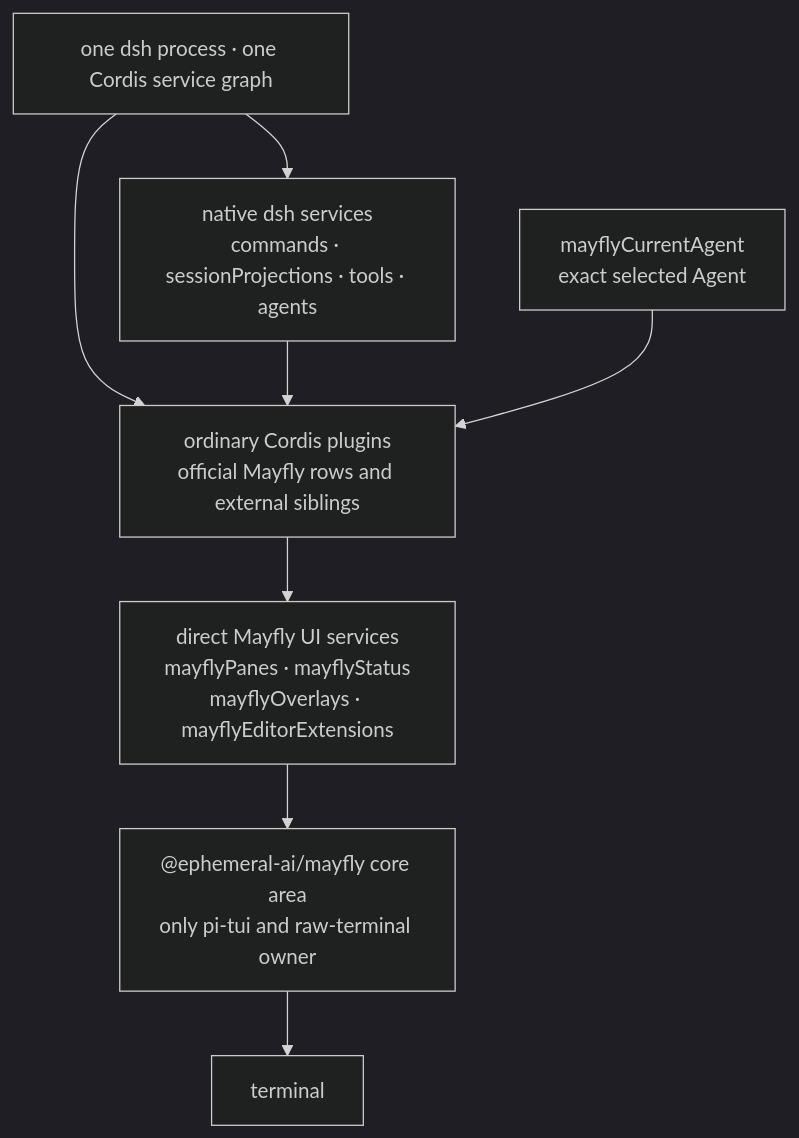
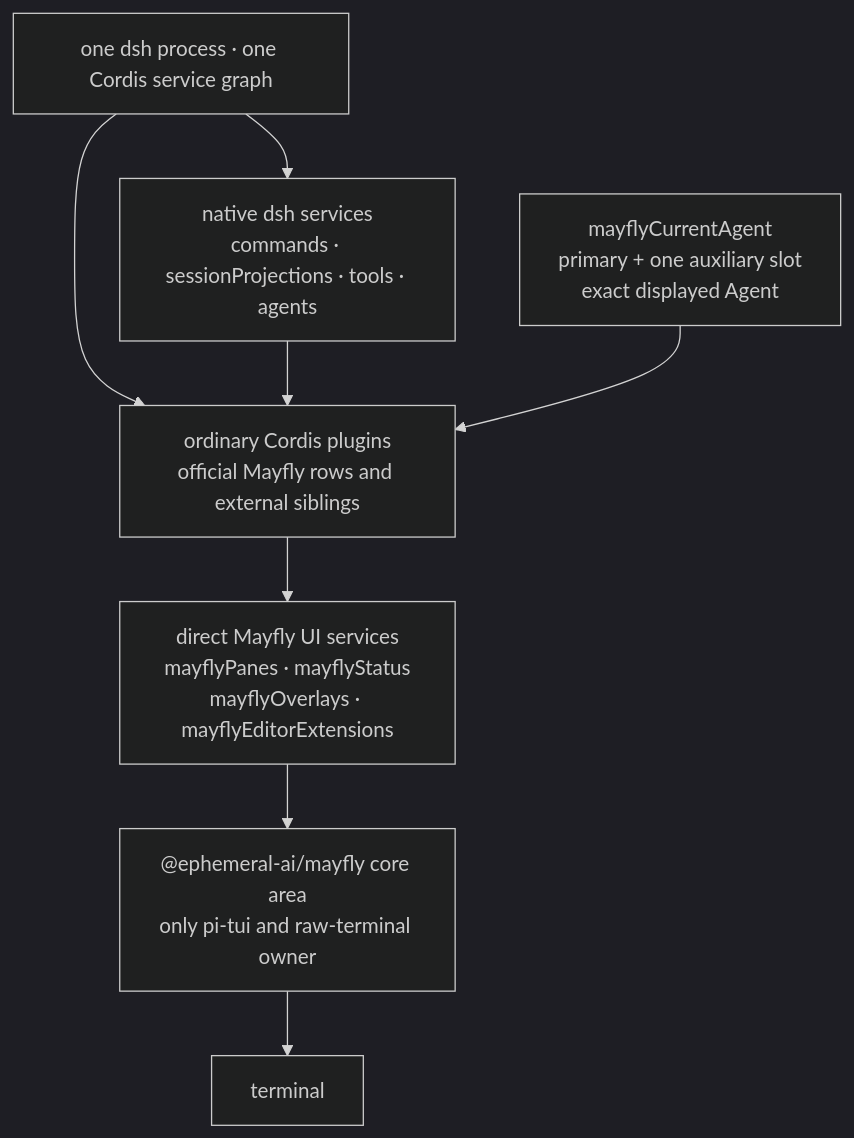
The diagram in docs/diagrams/mayfly-layers.en.mmd (Ephemeral-AI-Lab/mayfly), drawn with Mermaid (dark theme) before and after one commit. The commit also changed 82 other files, not shown here.

```diff
--- a/docs/diagrams/mayfly-layers.en.mmd
+++ b/docs/diagrams/mayfly-layers.en.mmd
@@ -1,16 +1,16 @@
 flowchart TB
     ROOT["one dsh process · one Cordis service graph"]
     DSH["native dsh services<br/>commands · sessionProjections · tools · agents"]
     PLUGIN["ordinary Cordis plugins<br/>official Mayfly rows and external siblings"]
-    AGENT["mayflyCurrentAgent<br/>exact selected Agent"]
+    AGENT["mayflyCurrentAgent<br/>primary + one auxiliary slot<br/>exact displayed Agent"]
     UI["direct Mayfly UI services<br/>mayflyPanes · mayflyStatus<br/>mayflyOverlays · mayflyEditorExtensions"]
     CORE["@ephemeral-ai/mayfly core area<br/>only pi-tui and raw-terminal owner"]
     TERM["terminal"]
 
     ROOT --> DSH
     ROOT --> PLUGIN
     DSH --> PLUGIN
     AGENT --> PLUGIN
     PLUGIN --> UI
     UI --> CORE
     CORE --> TERM
```
